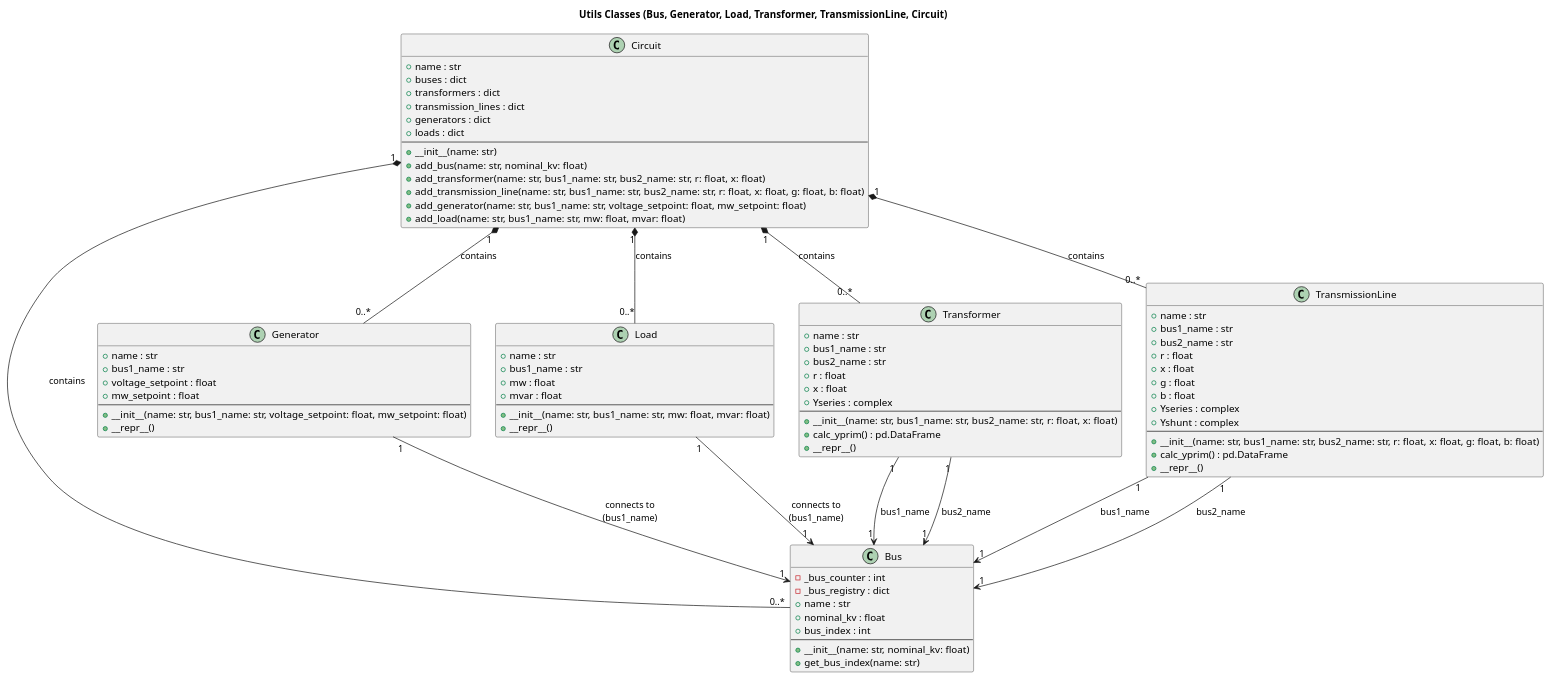
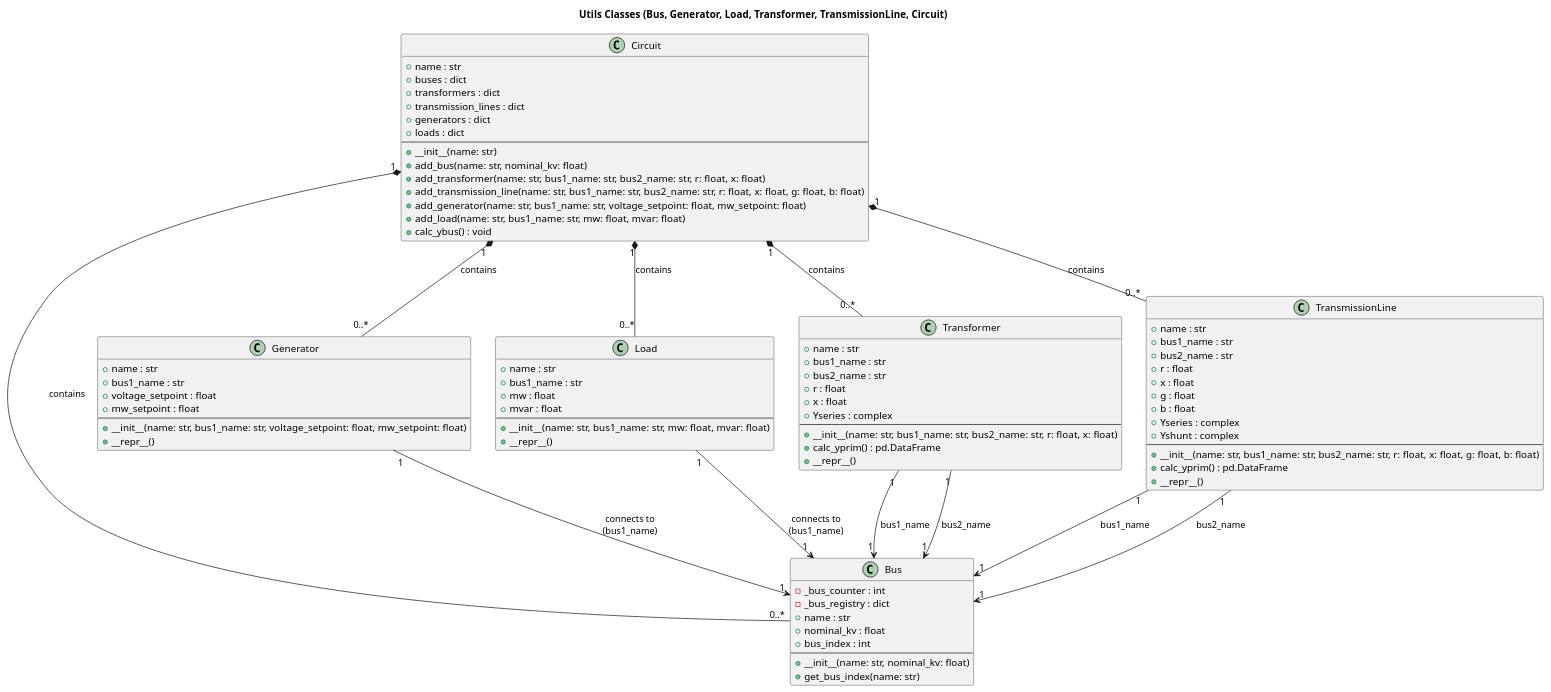
The diagram in Src/Utils/ClassDiagrams/ClassDiagrams.puml (AndreGilchrist-Pitt/Project-2-Main-Simulator), drawn with PlantUML before and after one commit. The commit also changed 1 other file, not shown here.

Commit message:
Update MilestoneTracker and Class Diagrams

```diff
--- a/Src/Utils/ClassDiagrams/ClassDiagrams.puml
+++ b/Src/Utils/ClassDiagrams/ClassDiagrams.puml
@@ -1,93 +1,94 @@
 @startuml
 title Utils Classes (Bus, Generator, Load, Transformer, TransmissionLine, Circuit)
 
 class Bus {
   -_bus_counter : int
   -_bus_registry : dict
   +name : str
   +nominal_kv : float
   +bus_index : int
   --
   +__init__(name: str, nominal_kv: float)
   +get_bus_index(name: str)
 }
 
 class Generator {
   +name : str
   +bus1_name : str
   +voltage_setpoint : float
   +mw_setpoint : float
   --
   +__init__(name: str, bus1_name: str, voltage_setpoint: float, mw_setpoint: float)
   +__repr__()
 }
 
 class Load {
   +name : str
   +bus1_name : str
   +mw : float
   +mvar : float
   --
   +__init__(name: str, bus1_name: str, mw: float, mvar: float)
   +__repr__()
 }
 
 class Transformer {
   +name : str
   +bus1_name : str
   +bus2_name : str
   +r : float
   +x : float
   +Yseries : complex
   --
   +__init__(name: str, bus1_name: str, bus2_name: str, r: float, x: float)
   +calc_yprim() : pd.DataFrame
   +__repr__()
 }
 
 class TransmissionLine {
   +name : str
   +bus1_name : str
   +bus2_name : str
   +r : float
   +x : float
   +g : float
   +b : float
   +Yseries : complex
   +Yshunt : complex
   --
   +__init__(name: str, bus1_name: str, bus2_name: str, r: float, x: float, g: float, b: float)
   +calc_yprim() : pd.DataFrame
   +__repr__()
 }
 
 class Circuit {
   +name : str
   +buses : dict
   +transformers : dict
   +transmission_lines : dict
   +generators : dict
   +loads : dict
   --
   +__init__(name: str)
   +add_bus(name: str, nominal_kv: float)
   +add_transformer(name: str, bus1_name: str, bus2_name: str, r: float, x: float)
   +add_transmission_line(name: str, bus1_name: str, bus2_name: str, r: float, x: float, g: float, b: float)
   +add_generator(name: str, bus1_name: str, voltage_setpoint: float, mw_setpoint: float)
   +add_load(name: str, bus1_name: str, mw: float, mvar: float)
+  +calc_ybus() : void
 }
 
 Circuit "1" *-- "0..*" Bus : contains
 Circuit "1" *-- "0..*" Transformer : contains
 Circuit "1" *-- "0..*" TransmissionLine : contains
 Circuit "1" *-- "0..*" Generator : contains
 Circuit "1" *-- "0..*" Load : contains
 
 Generator "1" --> "1" Bus : connects to\n(bus1_name)
 Load "1" --> "1" Bus : connects to\n(bus1_name)
 Transformer "1" --> "1" Bus : bus1_name
 Transformer "1" --> "1" Bus : bus2_name
 TransmissionLine "1" --> "1" Bus : bus1_name
 TransmissionLine "1" --> "1" Bus : bus2_name
 
 @enduml
```
